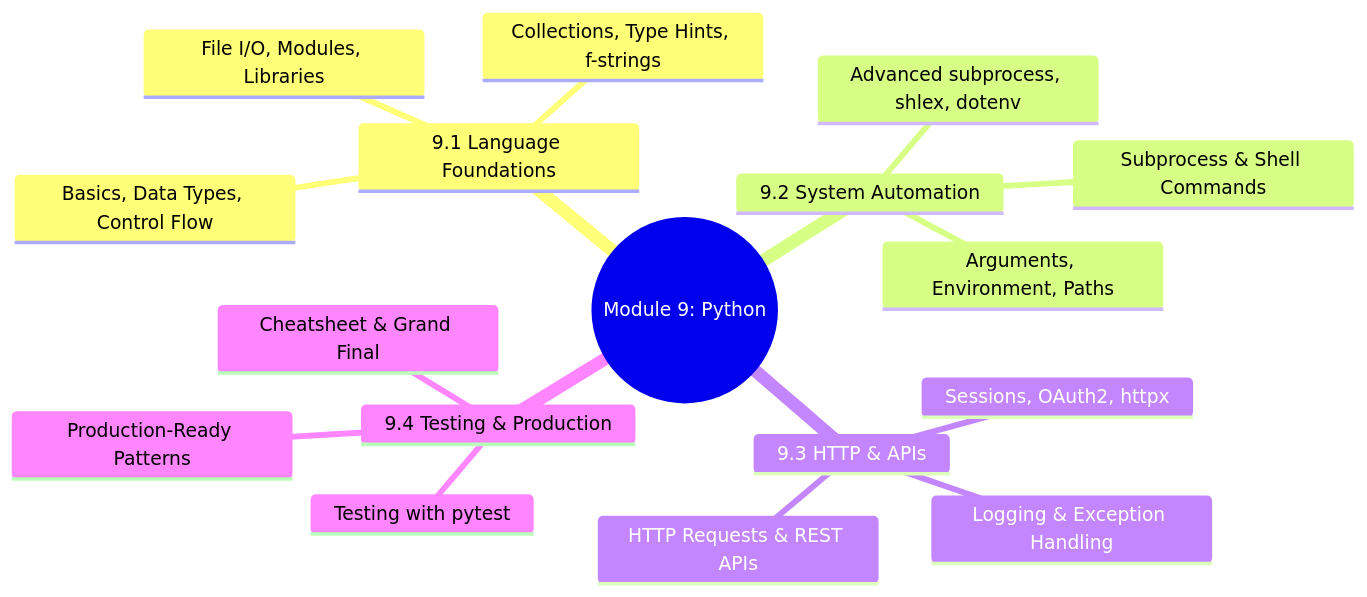
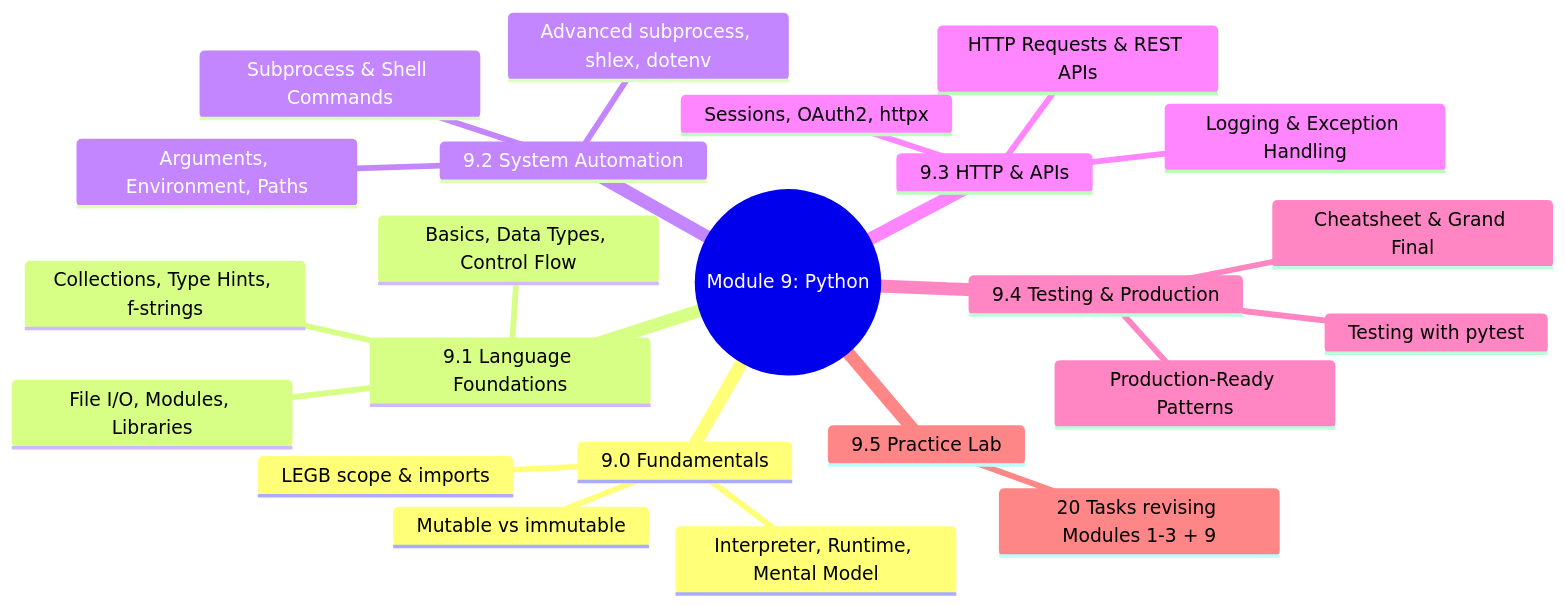
The first of 4 diagrams in 9-Python/Module_9_Approach_Guide.md (VidhyadharanSS/PlatformEngineeringNotes), drawn with Mermaid before and after one commit. The commit also changed other lines of this file and 45 other files, not shown here.

````diff
--- a/9-Python/Module_9_Approach_Guide.md
+++ b/9-Python/Module_9_Approach_Guide.md
@@ -5,20 +5,26 @@
 ```mermaid
 mindmap
   root((Module 9: Python))
+    9.0 Fundamentals
+      Interpreter, Runtime, Mental Model
+      LEGB scope & imports
+      Mutable vs immutable
     9.1 Language Foundations
       Basics, Data Types, Control Flow
       File I/O, Modules, Libraries
       Collections, Type Hints, f-strings
     9.2 System Automation
       Subprocess & Shell Commands
       Arguments, Environment, Paths
       Advanced subprocess, shlex, dotenv
     9.3 HTTP & APIs
       Logging & Exception Handling
       HTTP Requests & REST APIs
       Sessions, OAuth2, httpx
     9.4 Testing & Production
       Testing with pytest
       Production-Ready Patterns
       Cheatsheet & Grand Final
+    9.5 Practice Lab
+      20 Tasks revising Modules 1-3 + 9
 ```
````
